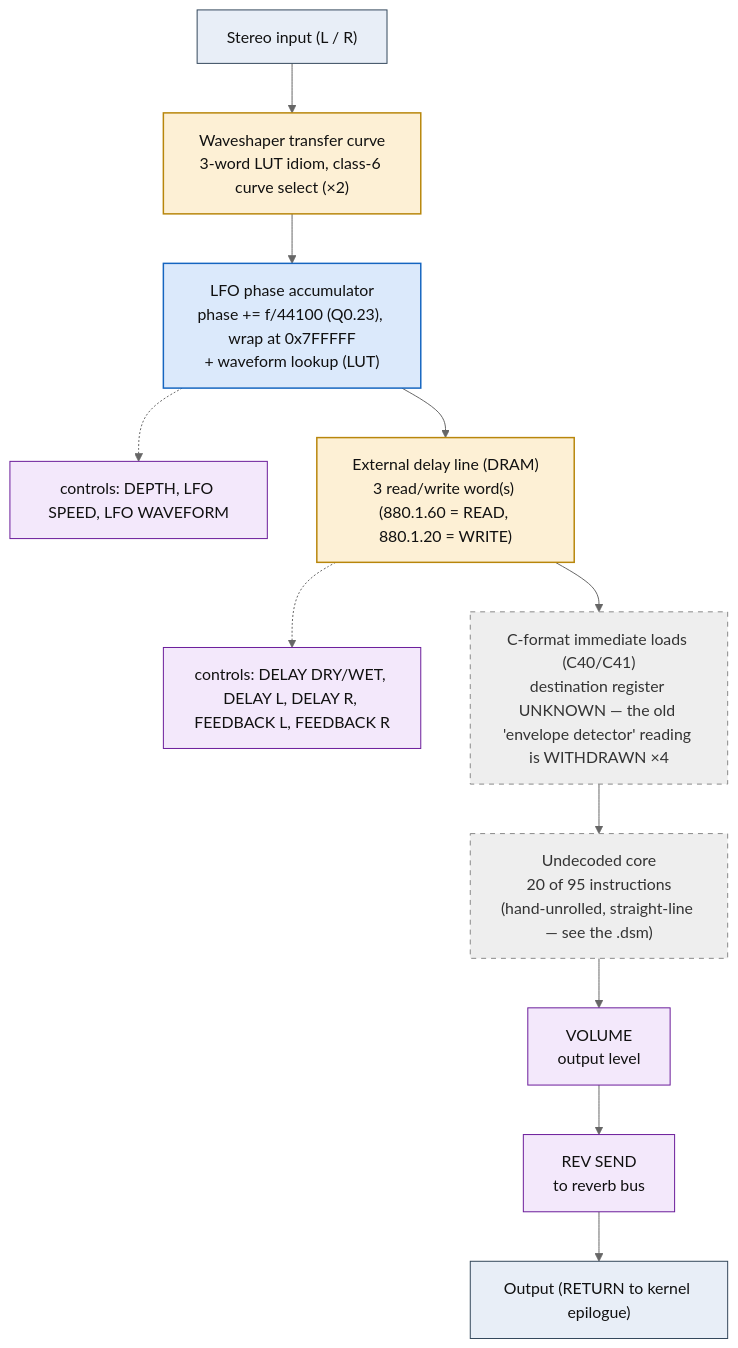
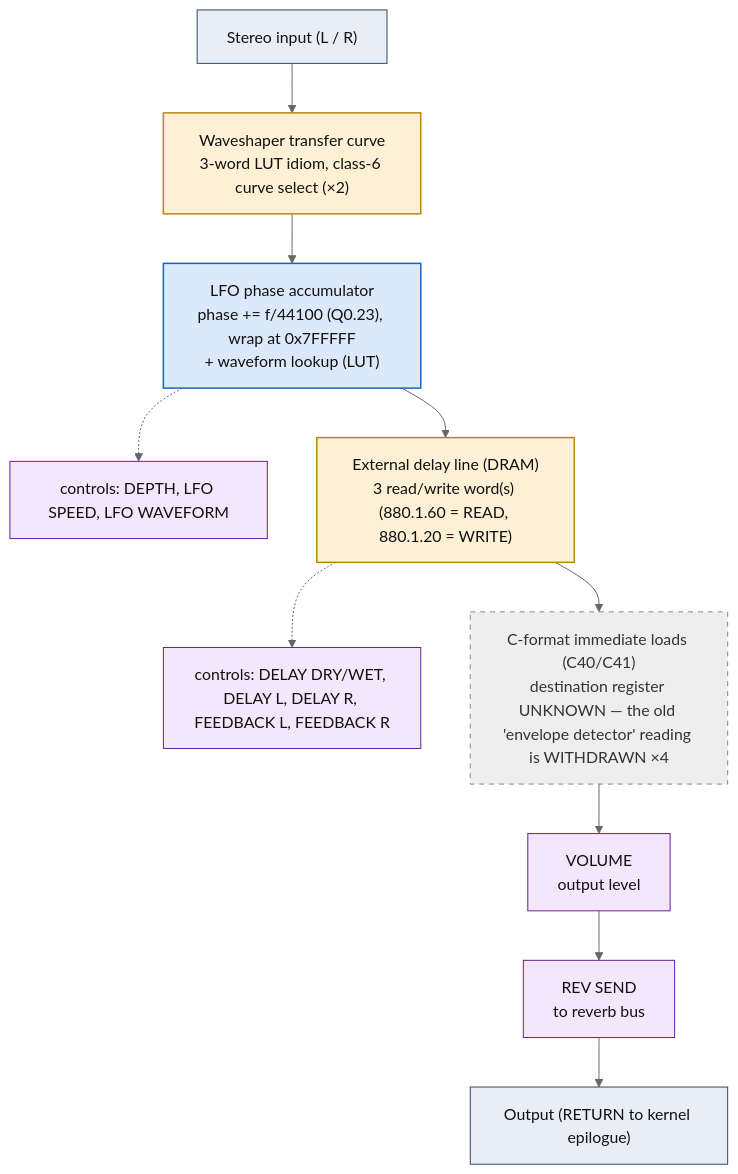
The diagram in dsp/flowcharts/prog64_s_delay_chorus.md (ArqueologiaDigital/kn5000-roms-disasm), drawn with Mermaid (neutral theme) before and after one commit. The commit also changed other lines of this file and 39 other files, not shown here.

First line of the commit message:
dsp: annotate all flowcharts with the classic effect topology each shape matches

````diff
--- a/dsp/flowcharts/prog64_s_delay_chorus.md
+++ b/dsp/flowcharts/prog64_s_delay_chorus.md
@@ -12,36 +12,34 @@
 ```mermaid
 flowchart TD
     N0["Stereo input (L / R)"]
     N1["Waveshaper transfer curve<br/>3-word LUT idiom, class-6 curve select (&times;2)"]
     N0 --> N1
     N2["LFO phase accumulator<br/>phase += f/44100 (Q0.23), wrap at 0x7FFFFF<br/>+ waveform lookup (LUT)"]
     N1 --> N2
     N3["controls: DEPTH, LFO SPEED, LFO WAVEFORM"]
     N2 -.-> N3
     N4["External delay line (DRAM)<br/>3 read/write word(s) (880.1.60 = READ, 880.1.20 = WRITE)"]
     N2 --> N4
     N5["controls: DELAY DRY/WET, DELAY L, DELAY R, FEEDBACK L, FEEDBACK R"]
     N4 -.-> N5
     N6["C-format immediate loads (C40/C41)<br/>destination register UNKNOWN &mdash; the old 'envelope detector' reading is WITHDRAWN &times;4"]
     N4 --> N6
-    N7["Undecoded core<br/>20 of 95 instructions<br/>(hand-unrolled, straight-line &mdash; see the .dsm)"]
+    N7["VOLUME<br/>output level"]
     N6 --> N7
-    N8["VOLUME<br/>output level"]
+    N8["REV SEND<br/>to reverb bus"]
     N7 --> N8
-    N9["REV SEND<br/>to reverb bus"]
+    N9["Output (RETURN to kernel epilogue)"]
     N8 --> N9
-    N10["Output (RETURN to kernel epilogue)"]
-    N9 --> N10
 
     classDef io fill:#e8eef7,stroke:#33475b,stroke-width:1px,color:#111;
     classDef proven fill:#d7f0d7,stroke:#2e7d32,stroke-width:2px,color:#111;
     classDef measured fill:#dbe9fb,stroke:#1565c0,stroke-width:1.5px,color:#111;
     classDef inferred fill:#fdf0d5,stroke:#b8860b,stroke-width:1.5px,color:#111;
     classDef open fill:#eeeeee,stroke:#888,stroke-width:1px,color:#333,stroke-dasharray:5 5;
     classDef ctrl fill:#f3e8fb,stroke:#6a1b9a,stroke-width:1px,color:#111;
-    class N0,N10 io;
+    class N0,N9 io;
     class N1,N4 inferred;
     class N2 measured;
-    class N3,N5,N8,N9 ctrl;
-    class N6,N7 open;
+    class N3,N5,N7,N8 ctrl;
+    class N6 open;
 ```
````
